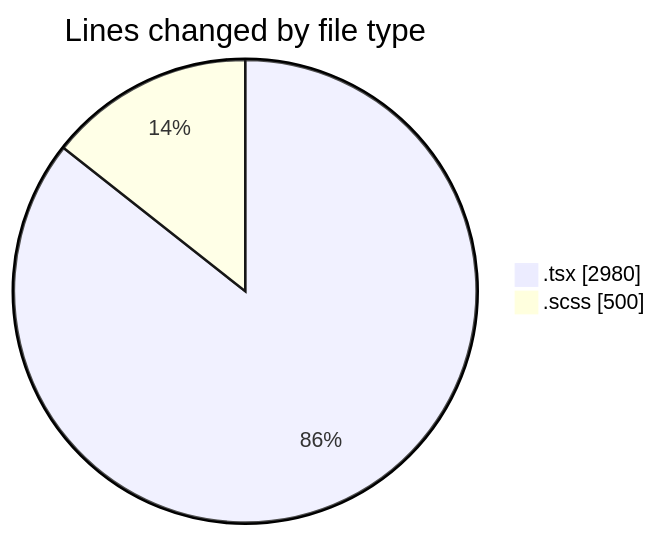
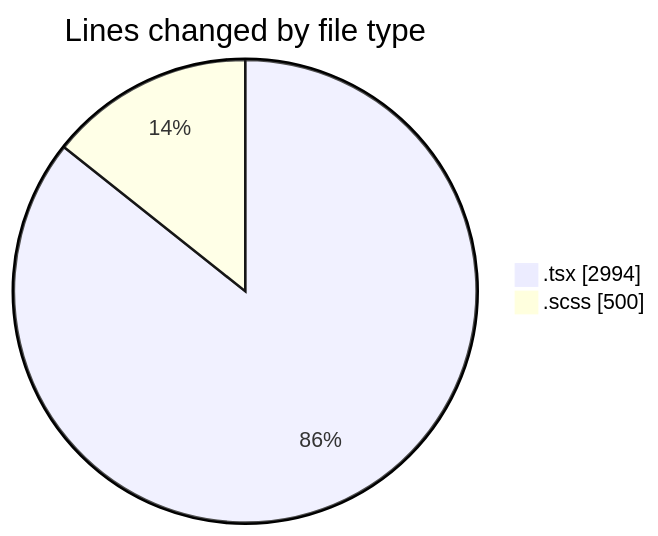
The first of 2 diagrams in 2025-04-10/cda/README.md (momahboobian/code-tracking), drawn with Mermaid before and after one commit. The commit also changed other lines of this file and 1 other file, not shown here.

````diff
--- a/2025-04-10/cda/README.md
+++ b/2025-04-10/cda/README.md
@@ -26,6 +26,6 @@
 ```mermaid
 pie showData
 title Lines changed by file type
-".tsx" : 2980
+".tsx" : 2994
 ".scss" : 500
 ```
````
